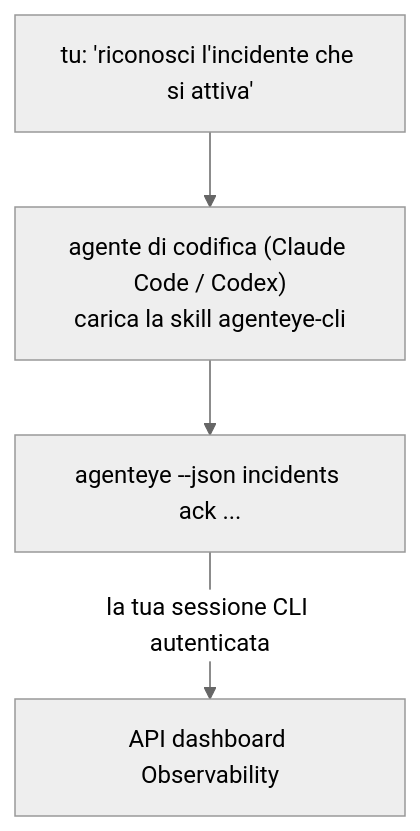
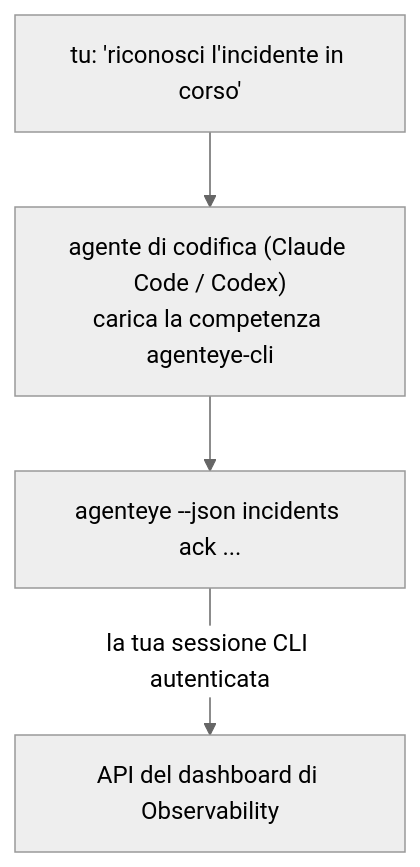
One commit to GongYuanCaiJi/failproofai changed the diagram in docs/it/agenteye/cli-skill.mdx. Above: the diagram before and after it, drawn with Mermaid (neutral theme). The commit also changed other lines of this file and 364 other files, not shown here.

````diff
--- a/docs/it/agenteye/cli-skill.mdx
+++ b/docs/it/agenteye/cli-skill.mdx
@@ -26,6 +29,6 @@
 ```mermaid
 flowchart TD
-    YOU["tu: 'riconosci l'incidente che si attiva'"] --> AGENT["agente di codifica (Claude Code / Codex)<br/>carica la skill agenteye-cli"]
+    YOU["tu: 'riconosci l'incidente in corso'"] --> AGENT["agente di codifica (Claude Code / Codex)<br/>carica la competenza agenteye-cli"]
     AGENT --> CLI["agenteye --json incidents ack ..."]
-    CLI -->|la tua sessione CLI autenticata| API["API dashboard Observability"]
+    CLI -->|la tua sessione CLI autenticata| API["API del dashboard di Observability"]
 ```
````
